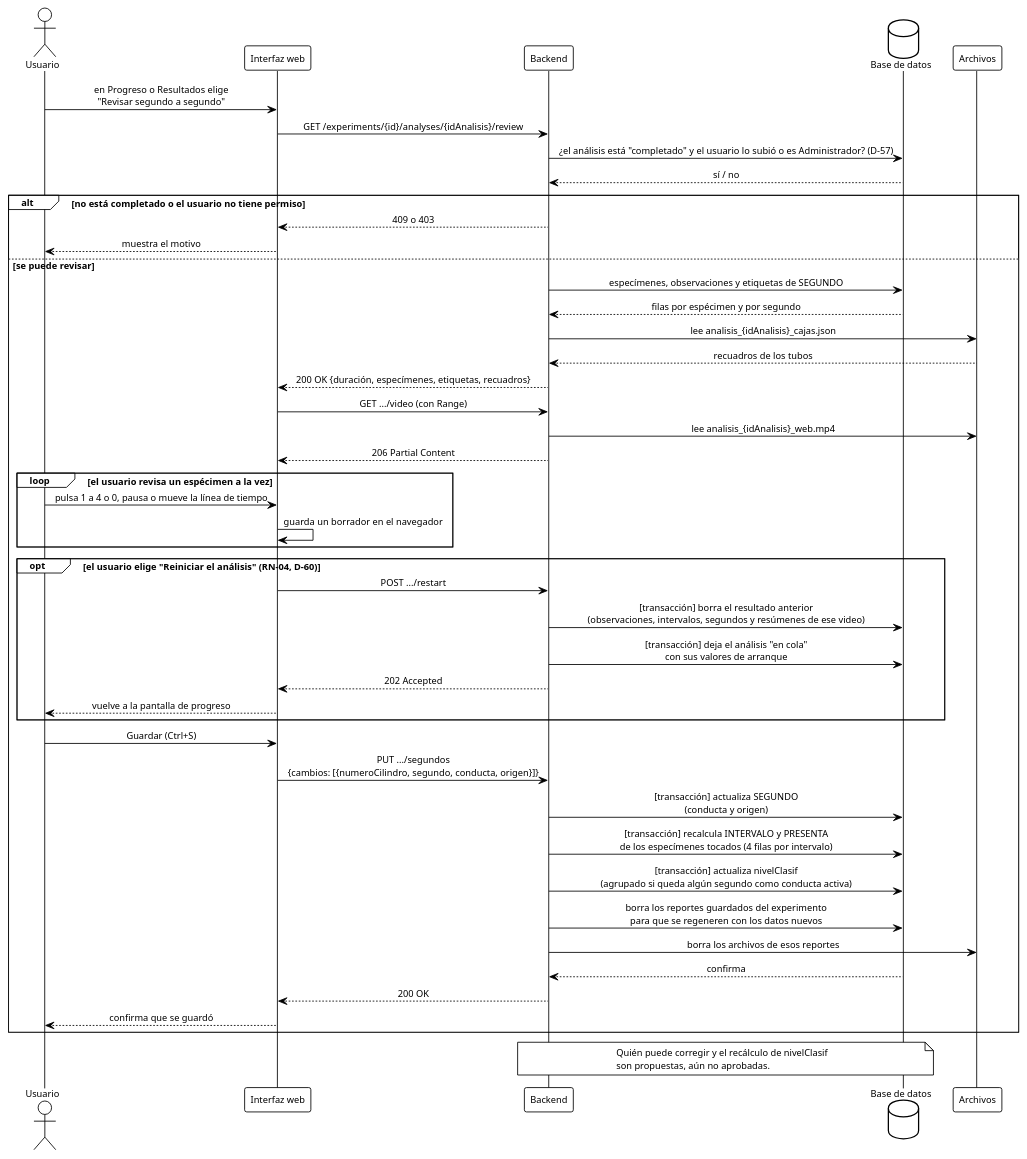
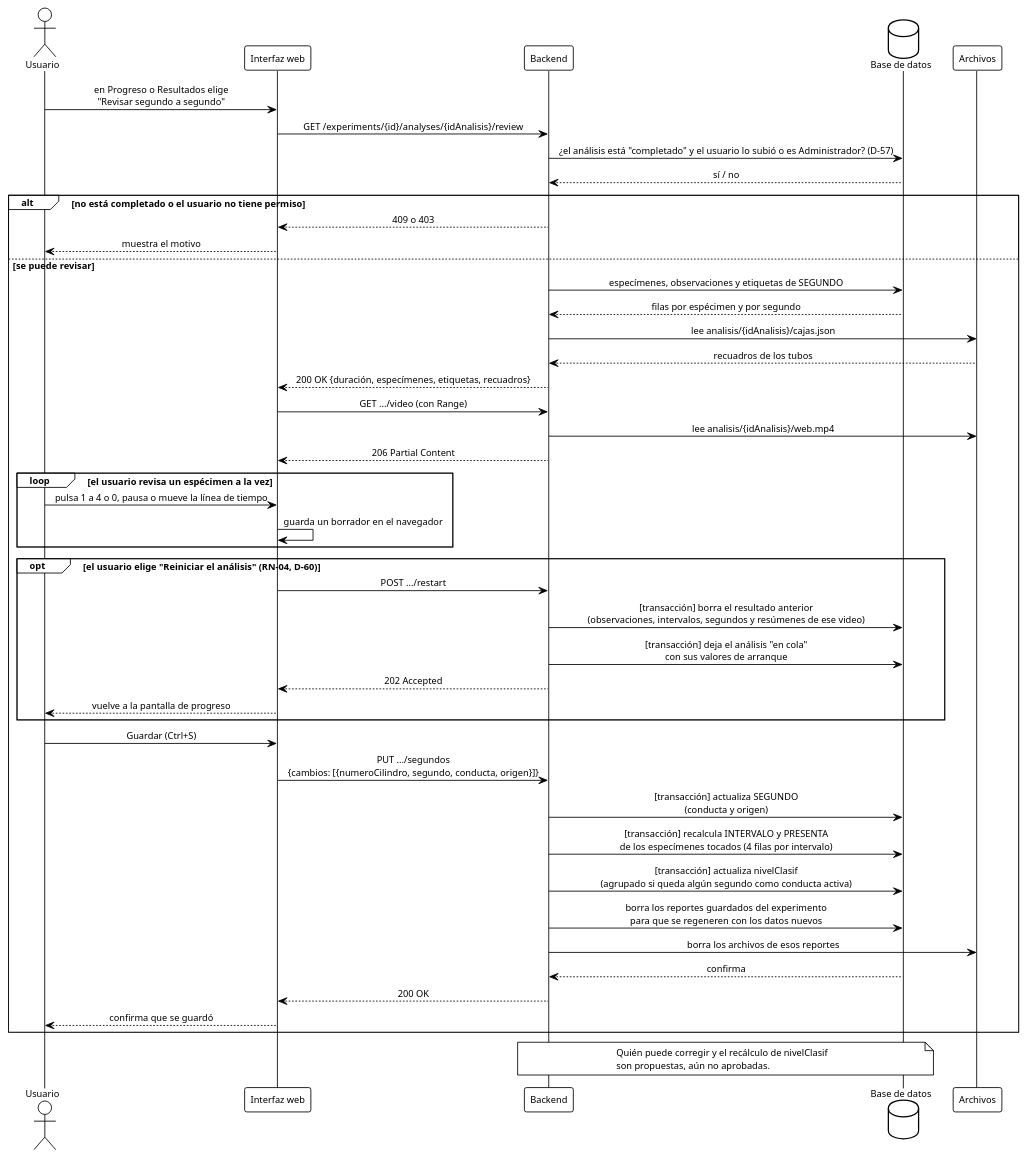
Before and after one commit to ErickJester/fst-ai-system-latex: diagram 35 of 39 in INSTRUCCIONES-WEB.md, drawn with PlantUML. The commit also changed other lines of this file, not shown here.

First line of the commit message:
Reescribir y ajustar INSTRUCCIONES-WEB.md para que otro Claude pueda construir back y front solo con la guia

````diff
--- a/INSTRUCCIONES-WEB.md
+++ b/INSTRUCCIONES-WEB.md
@@ -2577,58 +2827,58 @@
 ```plantuml
 @startuml seq_revision_segundos
 !theme plain
 skinparam defaultFontName Arial
 skinparam defaultFontSize 11
 skinparam shadowing false
 skinparam sequenceMessageAlign center
 skinparam BoxPadding 10
 actor Usuario as u
 participant "Interfaz web" as ui
 participant Backend as api
 database "Base de datos" as db
 participant "Archivos" as fs
 
 u -> ui: en Progreso o Resultados elige\n"Revisar segundo a segundo"
 ui -> api: GET /experiments/{id}/analyses/{idAnalisis}/review
 api -> db: ¿el análisis está "completado" y el usuario lo subió o es Administrador? (D-57)
 db --> api: sí / no
 alt no está completado o el usuario no tiene permiso
   api --> ui: 409 o 403
   ui --> u: muestra el motivo
 else se puede revisar
   api -> db: especímenes, observaciones y etiquetas de SEGUNDO
   db --> api: filas por espécimen y por segundo
-  api -> fs: lee analisis_{idAnalisis}_cajas.json
+  api -> fs: lee analisis/{idAnalisis}/cajas.json
   fs --> api: recuadros de los tubos
   api --> ui: 200 OK {duración, especímenes, etiquetas, recuadros}
   ui -> api: GET .../video (con Range)
-  api -> fs: lee analisis_{idAnalisis}_web.mp4
+  api -> fs: lee analisis/{idAnalisis}/web.mp4
   api --> ui: 206 Partial Content
   loop el usuario revisa un espécimen a la vez
     u -> ui: pulsa 1 a 4 o 0, pausa o mueve la línea de tiempo
     ui -> ui: guarda un borrador en el navegador
   end
   opt el usuario elige "Reiniciar el análisis" (RN-04, D-60)
     ui -> api: POST .../restart
     api -> db: [transacción] borra el resultado anterior\n(observaciones, intervalos, segundos y resúmenes de ese video)
     api -> db: [transacción] deja el análisis "en cola"\ncon sus valores de arranque
     api --> ui: 202 Accepted
     ui --> u: vuelve a la pantalla de progreso
   end
   u -> ui: Guardar (Ctrl+S)
   ui -> api: PUT .../segundos\n{cambios: [{numeroCilindro, segundo, conducta, origen}]}
   api -> db: [transacción] actualiza SEGUNDO\n(conducta y origen)
   api -> db: [transacción] recalcula INTERVALO y PRESENTA\nde los especímenes tocados (4 filas por intervalo)
   api -> db: [transacción] actualiza nivelClasif\n(agrupado si queda algún segundo como conducta activa)
   api -> db: borra los reportes guardados del experimento\npara que se regeneren con los datos nuevos
   api -> fs: borra los archivos de esos reportes
   db --> api: confirma
   api --> ui: 200 OK
   ui --> u: confirma que se guardó
 end
 note over api, db
   Quién puede corregir y el recálculo de nivelClasif
   son propuestas, aún no aprobadas.
 end note
 @enduml
 ```
````
